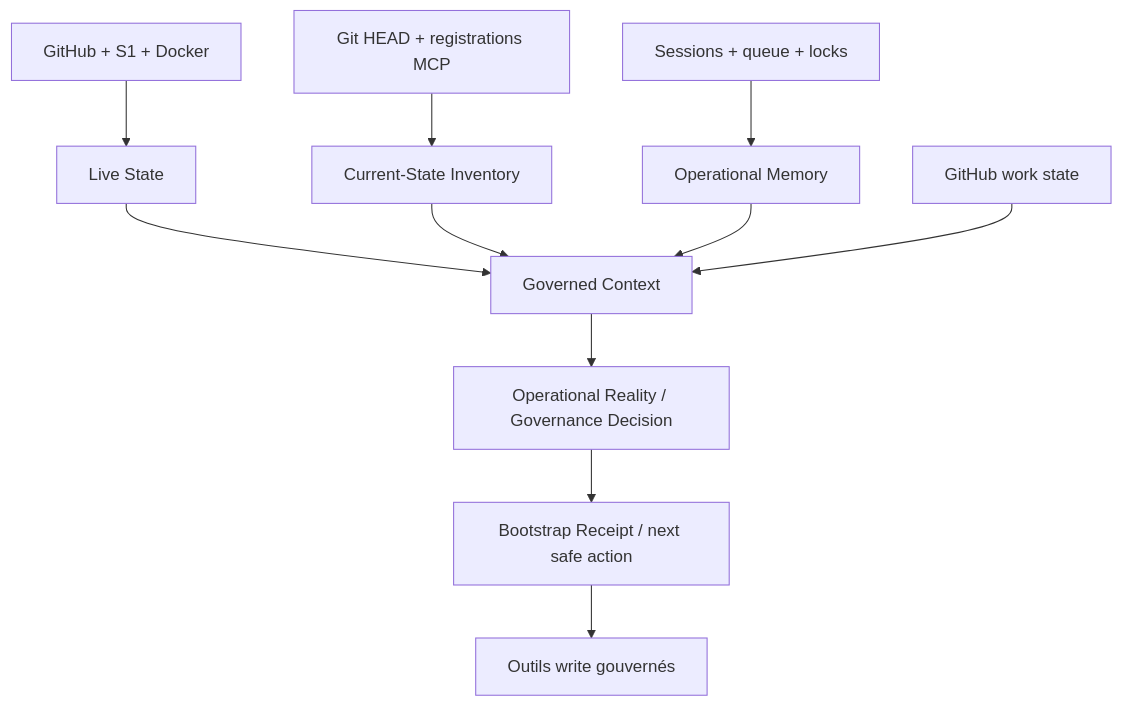
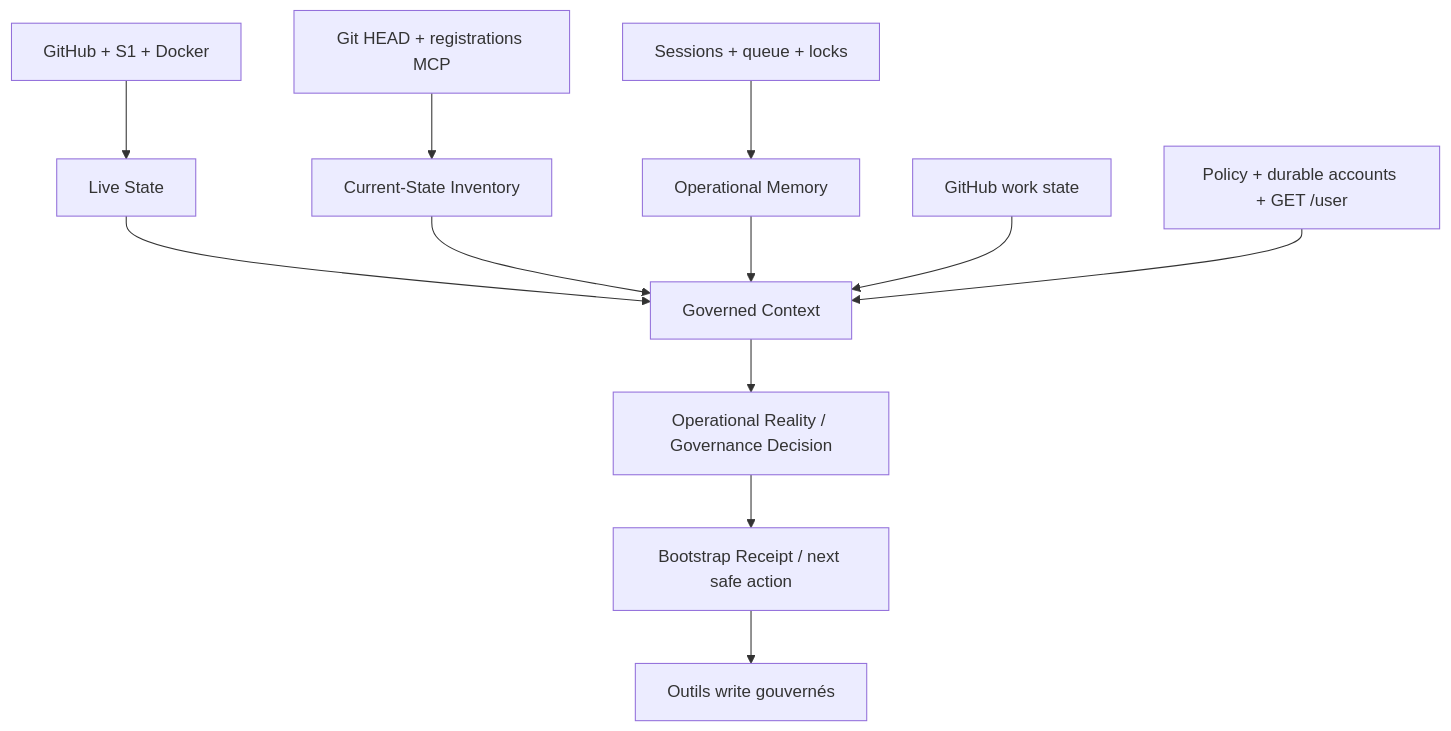
One commit to Patricked-code/MCP changed the diagram in ARCHITECTURE.md. Above: the diagram before and after it, drawn with Mermaid. The commit also changed other lines of this file and 12 other files, not shown here.

````diff
--- a/ARCHITECTURE.md
+++ b/ARCHITECTURE.md
@@ -42,13 +46,14 @@
 ```mermaid
 flowchart TD
     A["GitHub + S1 + Docker"] --> B["Live State"]
     C["Git HEAD + registrations MCP"] --> D["Current-State Inventory"]
     E["Sessions + queue + locks"] --> F["Operational Memory"]
     B --> G["Governed Context"]
     D --> G
     F --> G
     J["GitHub work state"] --> G
+    L["Policy + durable accounts + GET /user"] --> G
     G --> K["Operational Reality / Governance Decision"]
     K --> H["Bootstrap Receipt / next safe action"]
     H --> I["Outils write gouvernés"]
 ```
````
